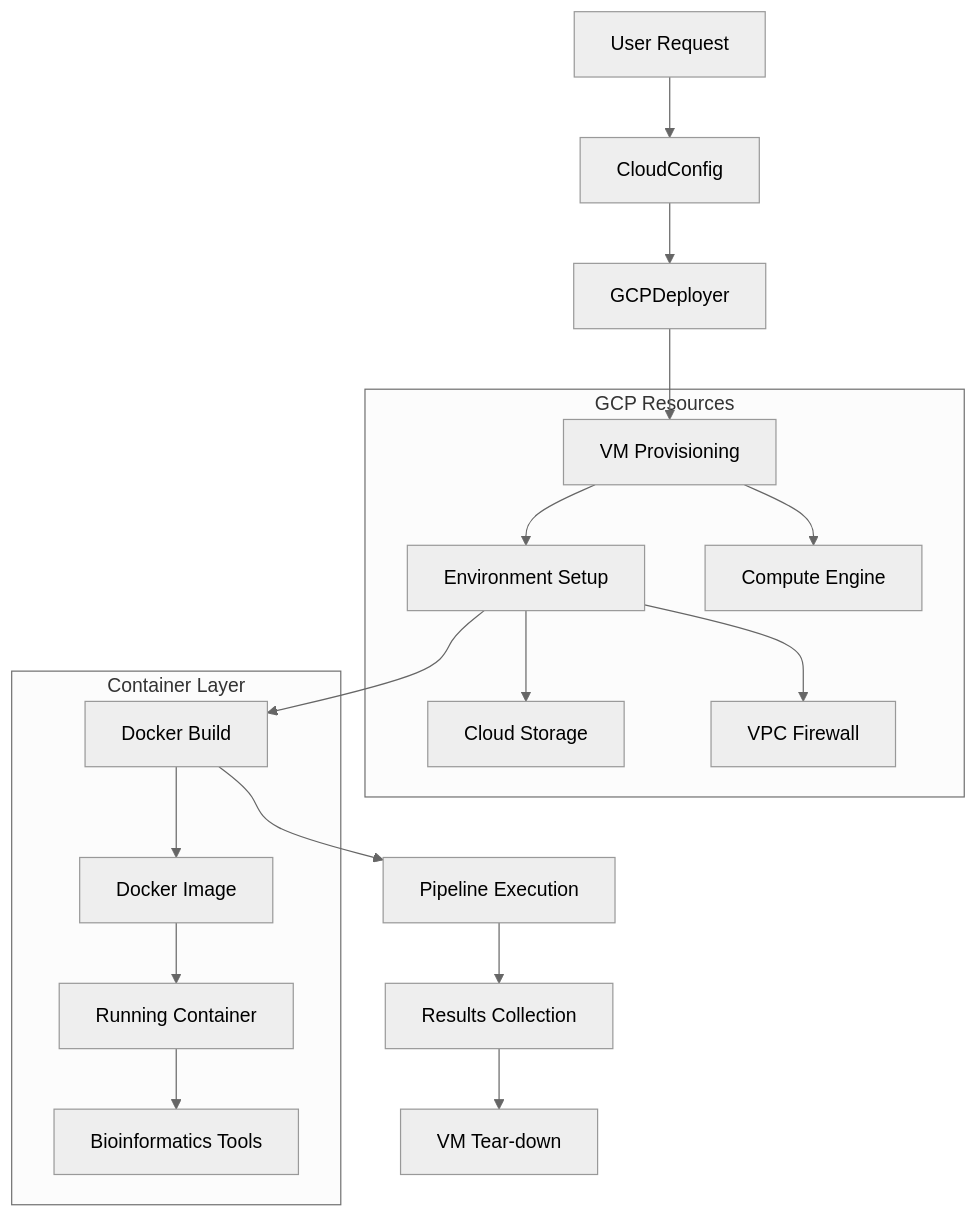
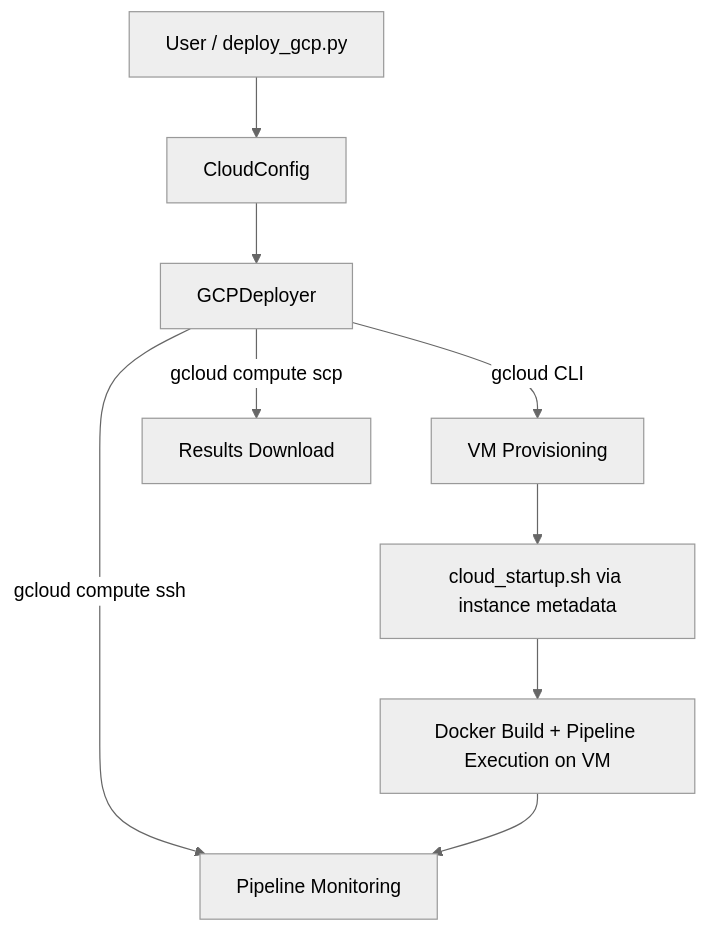
One commit to docxology/MetaInformAnt changed the diagram in src/metainformant/cloud/README.md. Above: the diagram before and after it, drawn with Mermaid (neutral theme). The commit also changed other lines of this file and 529 other files, not shown here.

````diff
--- a/src/metainformant/cloud/README.md
+++ b/src/metainformant/cloud/README.md
@@ -28,25 +26,13 @@
 ```mermaid
 flowchart TD
-    A[User Request] --> B[CloudConfig]
+    A[User / deploy_gcp.py] --> B[CloudConfig]
     B --> C[GCPDeployer]
 
-    C --> D[VM Provisioning]
-    D --> E[Environment Setup]
-    E --> F[Docker Build]
-    F --> G[Pipeline Execution]
-    G --> H[Results Collection]
+    C -->|gcloud CLI| D[VM Provisioning]
+    C -->|gcloud compute ssh| E[Pipeline Monitoring]
+    C -->|gcloud compute scp| F[Results Download]
 
-    H --> I[VM Tear-down]
-
-    subgraph "GCP Resources"
-        D --> Compute[Compute Engine]
-        E --> Storage[Cloud Storage]
-        E --> Network[VPC Firewall]
-    end
-
-    subgraph "Container Layer"
-        F --> Image[Docker Image]
-        Image --> Container[Running Container]
-        Container --> Tools[Bioinformatics Tools]
-    end
+    D --> G[cloud_startup.sh via instance metadata]
+    G --> H[Docker Build + Pipeline Execution on VM]
+    H --> E
 ```
````
